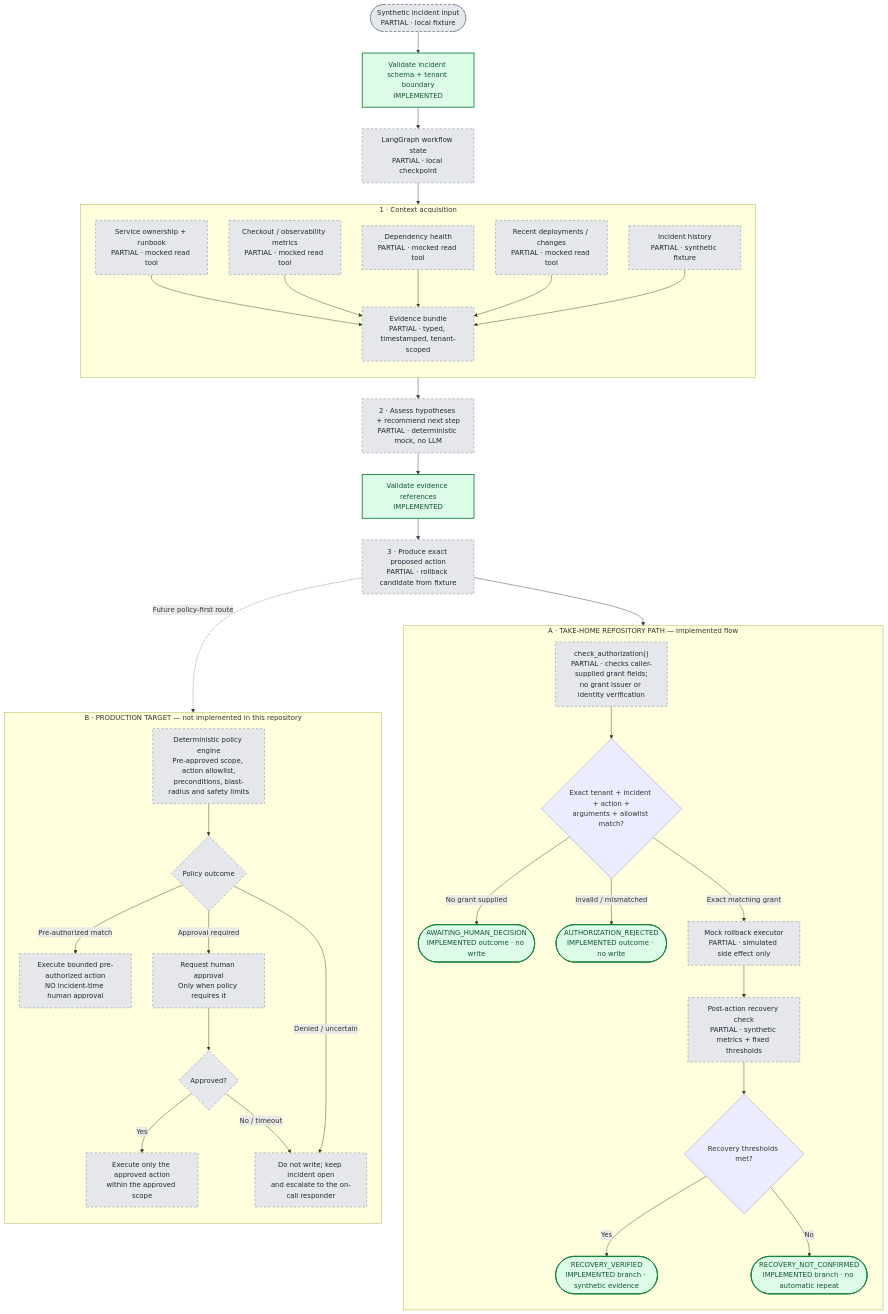
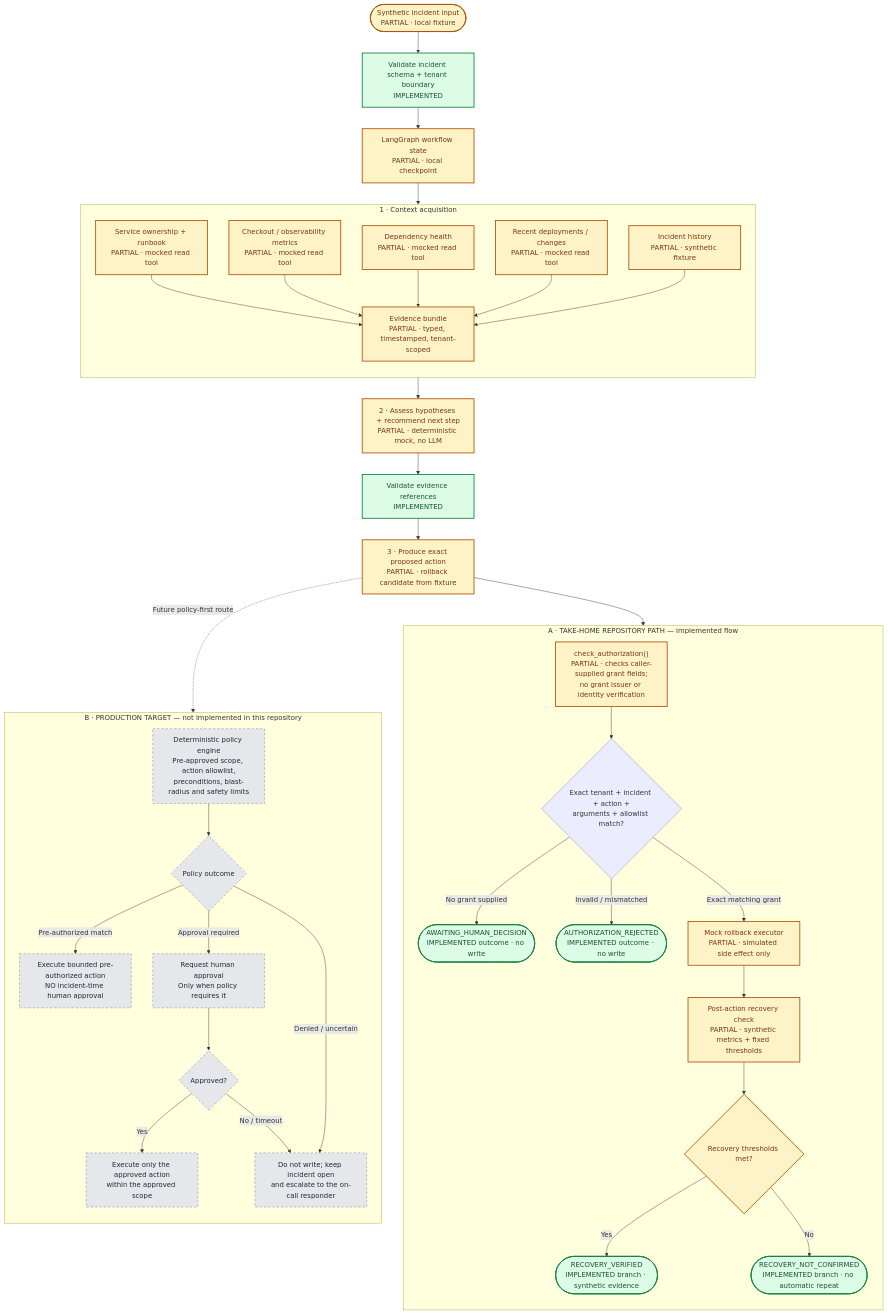
The diagram in README.md (rudolfo-felix/pager-duty), drawn with Mermaid before and after one commit.

Commit message:
Correct diagram implementation status colors

````diff
--- a/README.md
+++ b/README.md
@@ -53,70 +53,70 @@
 ```mermaid
 flowchart TD
     A(["Synthetic incident input<br/>PARTIAL · local fixture"]) --> B["Validate incident schema + tenant boundary<br/>IMPLEMENTED"]
     B --> C["LangGraph workflow state<br/>PARTIAL · local checkpoint"]
     
     subgraph CTX["1 · Context acquisition"]
       direction TB
       T1["Service ownership + runbook<br/>PARTIAL · mocked read tool"]
       T2["Checkout / observability metrics<br/>PARTIAL · mocked read tool"]
       T3["Dependency health<br/>PARTIAL · mocked read tool"]
       T4["Recent deployments / changes<br/>PARTIAL · mocked read tool"]
       T5["Incident history<br/>PARTIAL · synthetic fixture"]
       T1 --> E["Evidence bundle<br/>PARTIAL · typed, timestamped, tenant-scoped"]
       T2 --> E
       T3 --> E
       T4 --> E
       T5 --> E
     end
 
     C --> T1
     E --> F["2 · Assess hypotheses + recommend next step<br/>PARTIAL · deterministic mock, no LLM"]
     F --> V["Validate evidence references<br/>IMPLEMENTED"]
     V --> P["3 · Produce exact proposed action<br/>PARTIAL · rollback candidate from fixture"]
 
     subgraph TODAY["A · TAKE-HOME REPOSITORY PATH — implemented flow"]
       direction TB
       G["check_authorization()<br/>PARTIAL · checks caller-supplied grant fields;<br/>no grant issuer or identity verification"]
       D{"Exact tenant + incident + action +<br/>arguments + allowlist match?"}
       W(["AWAITING_HUMAN_DECISION<br/>IMPLEMENTED outcome · no write"])
       R(["AUTHORIZATION_REJECTED<br/>IMPLEMENTED outcome · no write"])
       X["Mock rollback executor<br/>PARTIAL · simulated side effect only"]
       Y["Post-action recovery check<br/>PARTIAL · synthetic metrics + fixed thresholds"]
       Z{"Recovery thresholds met?"}
       OK(["RECOVERY_VERIFIED<br/>IMPLEMENTED branch · synthetic evidence"])
       NO(["RECOVERY_NOT_CONFIRMED<br/>IMPLEMENTED branch · no automatic repeat"])
       G --> D
       D -- "No grant supplied" --> W
       D -- "Invalid / mismatched" --> R
       D -- "Exact matching grant" --> X
       X --> Y --> Z
       Z -- "Yes" --> OK
       Z -- "No" --> NO
     end
 
     subgraph TARGET["B · PRODUCTION TARGET — not implemented in this repository"]
       direction TB
       PG["Deterministic policy engine<br/>Pre-approved scope, action allowlist,<br/>preconditions, blast-radius and safety limits"]
       PD{"Policy outcome"}
       AUTO["Execute bounded pre-authorized action<br/>NO incident-time human approval"]
       HUMAN["Request human approval<br/>Only when policy requires it"]
       HD{"Approved?"}
       HEXEC["Execute only the approved action<br/>within the approved scope"]
       STOP["Do not write; keep incident open<br/>and escalate to the on-call responder"]
       PG --> PD
       PD -- "Pre-authorized match" --> AUTO
       PD -- "Approval required" --> HUMAN --> HD
       HD -- "Yes" --> HEXEC
       HD -- "No / timeout" --> STOP
       PD -- "Denied / uncertain" --> STOP
     end
 
     P --> G
     P -. "Future policy-first route" .-> PG
     classDef implemented fill:#dcfce7,stroke:#15803d,color:#14532d,stroke-width:2px
     classDef partial fill:#fef3c7,stroke:#b45309,color:#78350f,stroke-width:2px
     classDef planned fill:#e5e7eb,stroke:#64748b,color:#1f2937,stroke-dasharray:5 5
-    class A,C,T1,T2,T3,T4,T5,E,F,P,G,X,Y planned
+    class A,C,T1,T2,T3,T4,T5,E,F,P,G,X,Y,Z partial
     class B,V,W,R,OK,NO implemented
     class PG,PD,AUTO,HUMAN,HD,HEXEC,STOP planned
 ```
````
